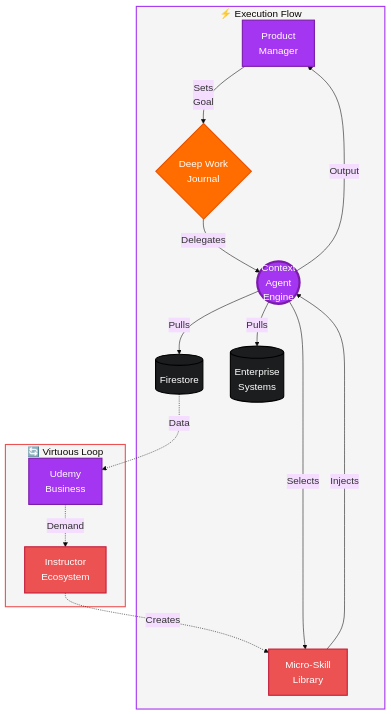
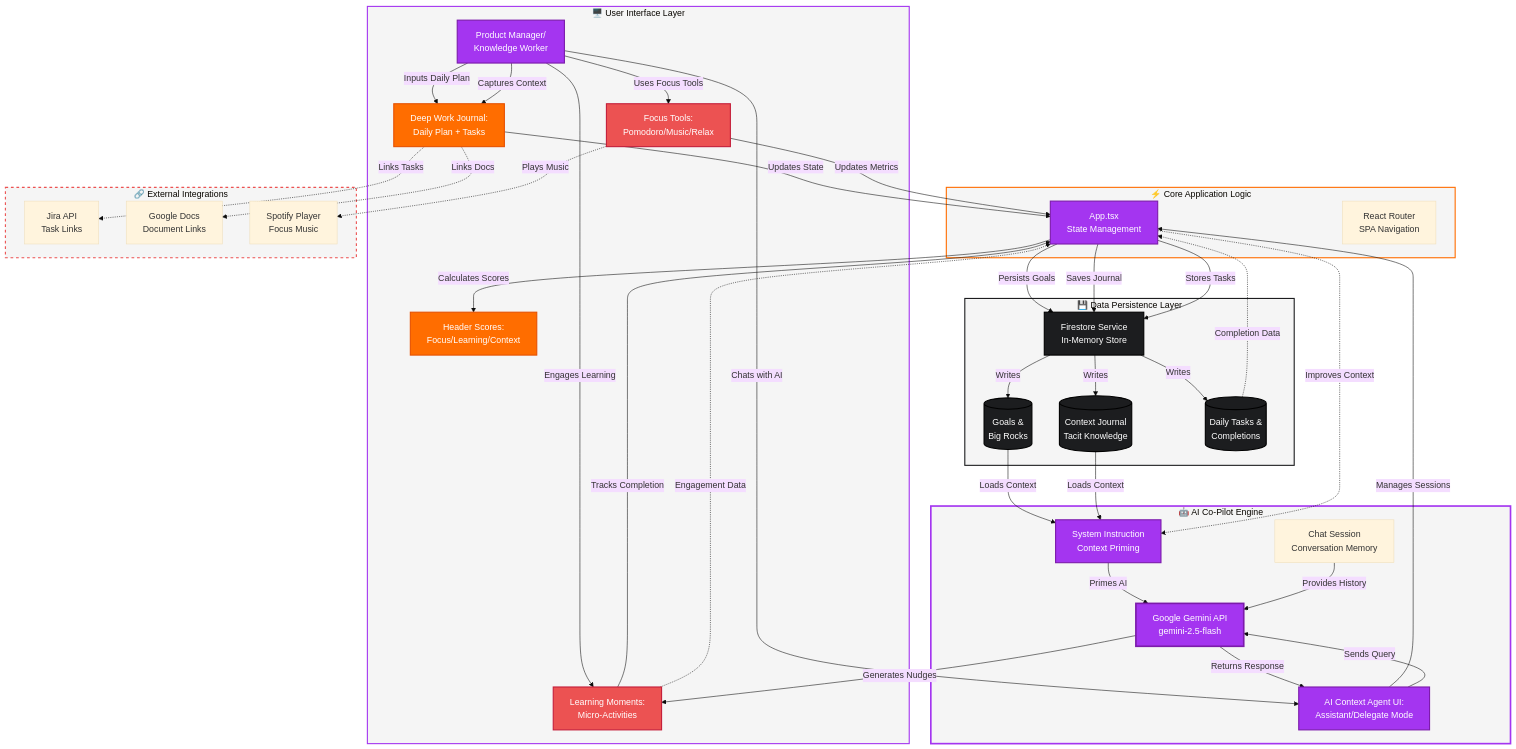
The diagram in README.md (mdeepan/deep-work-copilot), drawn with Mermaid before and after one commit.

Commit message:
feat: Update README data flow diagram
Refines the Mermaid diagram in the README to more accurately represent the application's architecture, detailing distinct UI, Core, AI, and Data layers.

````diff
--- a/README.md
+++ b/README.md
@@ -102,33 +102,102 @@
 ```mermaid
-%%{init: {'theme':'base', 'themeVariables': { 'fontSize':'18px'}}}%%
+%%{init: {'theme':'base', 'themeVariables': { 'fontSize':'16px'}}}%%
 graph TD
-    subgraph exec["⚡ Execution Flow"]
-        PM[Product<br/>Manager] -->|Sets<br/>Goal| Journal{Deep Work<br/>Journal}
-        Journal -->|Delegates| Agent((Context<br/>Agent<br/>Engine))
-        
-        Agent -->|Pulls| Firestore[(Firestore)]
-        Agent -->|Pulls| Enterprise[(Enterprise<br/>Systems)]
-        Agent -->|Selects| MS_Lib[Micro-Skill<br/>Library]
-        
-        MS_Lib -->|Injects| Agent
-        Agent -->|Output| PM
+    subgraph ui["🖥️ User Interface Layer"]
+        PM[Product Manager/<br/>Knowledge Worker]
+        Header[Header Scores:<br/>Focus/Learning/Context]
+        Journal[Deep Work Journal:<br/>Daily Plan + Tasks]
+        FocusTools[Focus Tools:<br/>Pomodoro/Music/Relax]
+        Learning[Learning Moments:<br/>Micro-Activities]
     end
     
-    subgraph loop["🔄 Virtuous Loop"]
-        Firestore -.->|Data| Platform[Udemy<br/>Business]
-        Platform -.->|Demand| Instructor[Instructor<br/>Ecosystem]
-        Instructor -.->|Creates| MS_Lib
+    subgraph core["⚡ Core Application Logic"]
+        AppState[App.tsx<br/>State Management]
+        Router[React Router<br/>SPA Navigation]
     end
     
+    subgraph ai["🤖 AI Co-Pilot Engine"]
+        ChatUI[AI Context Agent UI:<br/>Assistant/Delegate Mode]
+        GeminiAPI[Google Gemini API<br/>gemini-2.5-flash]
+        SystemPrompt[System Instruction<br/>Context Priming]
+        ChatHistory[Chat Session<br/>Conversation Memory]
+    end
+    
+    subgraph data["💾 Data Persistence Layer"]
+        FirestoreService[Firestore Service<br/>In-Memory Store]
+        GoalStore[(Goals &<br/>Big Rocks)]
+        JournalStore[(Context Journal<br/>Tacit Knowledge)]
+        TaskStore[(Daily Tasks &<br/>Completions)]
+    end
+    
+    subgraph external["🔗 External Integrations"]
+        Jira[Jira API<br/>Task Links]
+        GoogleDocs[Google Docs<br/>Document Links]
+        Spotify[Spotify Player<br/>Focus Music]
+    end
+    
+    %% User Interactions
+    PM -->|Inputs Daily Plan| Journal
+    PM -->|Captures Context| Journal
+    PM -->|Uses Focus Tools| FocusTools
+    PM -->|Engages Learning| Learning
+    PM -->|Chats with AI| ChatUI
+    
+    %% UI to Core
+    Journal -->|Updates State| AppState
+    FocusTools -->|Updates Metrics| AppState
+    Learning -->|Tracks Completion| AppState
+    ChatUI -->|Manages Sessions| AppState
+    
+    %% Core to Data
+    AppState -->|Persists Goals| FirestoreService
+    AppState -->|Saves Journal| FirestoreService
+    AppState -->|Stores Tasks| FirestoreService
+    
+    FirestoreService -->|Writes| GoalStore
+    FirestoreService -->|Writes| JournalStore
+    FirestoreService -->|Writes| TaskStore
+    
+    %% Data to AI
+    GoalStore -->|Loads Context| SystemPrompt
+    JournalStore -->|Loads Context| SystemPrompt
+    
+    %% AI Flow
+    ChatUI -->|Sends Query| GeminiAPI
+    SystemPrompt -->|Primes AI| GeminiAPI
+    ChatHistory -->|Provides History| GeminiAPI
+    GeminiAPI -->|Returns Response| ChatUI
+    GeminiAPI -->|Generates Nudges| Learning
+    
+    %% External Integration
+    Journal -.->|Links Tasks| Jira
+    Journal -.->|Links Docs| GoogleDocs
+    FocusTools -.->|Plays Music| Spotify
+    
+    %% Metrics Flow
+    AppState -->|Calculates Scores| Header
+    
+    %% Virtuous Loop
+    TaskStore -.->|Completion Data| AppState
+    Learning -.->|Engagement Data| AppState
+    AppState -.->|Improves Context| SystemPrompt
+    
     style PM fill:#A435F0,stroke:#7C1BAB,stroke-width:2px,color:#fff
-    style Agent fill:#A435F0,stroke:#7C1BAB,stroke-width:4px,color:#fff
-    style MS_Lib fill:#EC5252,stroke:#C41E3A,stroke-width:2px,color:#fff
+    style GeminiAPI fill:#A435F0,stroke:#7C1BAB,stroke-width:3px,color:#fff
+    style ChatUI fill:#A435F0,stroke:#7C1BAB,stroke-width:2px,color:#fff
     style Journal fill:#FF6D00,stroke:#E65100,stroke-width:2px,color:#fff
-    style Firestore fill:#1C1D1F,stroke:#000,stroke-width:2px,color:#fff
-    style Enterprise fill:#1C1D1F,stroke:#000,stroke-width:2px,color:#fff
-    style Platform fill:#A435F0,stroke:#7C1BAB,stroke-width:2px,color:#fff
-    style Instructor fill:#EC5252,stroke:#C41E3A,stroke-width:2px,color:#fff
+    style Learning fill:#EC5252,stroke:#C41E3A,stroke-width:2px,color:#fff
+    style FocusTools fill:#EC5252,stroke:#C41E3A,stroke-width:2px,color:#fff
+    style AppState fill:#A435F0,stroke:#7C1BAB,stroke-width:2px,color:#fff
+    style FirestoreService fill:#1C1D1F,stroke:#000,stroke-width:2px,color:#fff
+    style GoalStore fill:#1C1D1F,stroke:#000,stroke-width:2px,color:#fff
+    style JournalStore fill:#1C1D1F,stroke:#000,stroke-width:2px,color:#fff
+    style TaskStore fill:#1C1D1F,stroke:#000,stroke-width:2px,color:#fff
+    style SystemPrompt fill:#A435F0,stroke:#7C1BAB,stroke-width:2px,color:#fff
+    style Header fill:#FF6D00,stroke:#E65100,stroke-width:2px,color:#fff
     
-    style exec fill:#f5f5f5,stroke:#A435F0,stroke-width:2px
-    style loop fill:#f5f5f5,stroke:#EC5252,stroke-width:2px
+    style ui fill:#f5f5f5,stroke:#A435F0,stroke-width:2px
+    style core fill:#f5f5f5,stroke:#FF6D00,stroke-width:2px
+    style ai fill:#f5f5f5,stroke:#A435F0,stroke-width:3px
+    style data fill:#f5f5f5,stroke:#1C1D1F,stroke-width:2px
+    style external fill:#f5f5f5,stroke:#EC5252,stroke-width:2px,stroke-dasharray: 5 5
 ```
````
